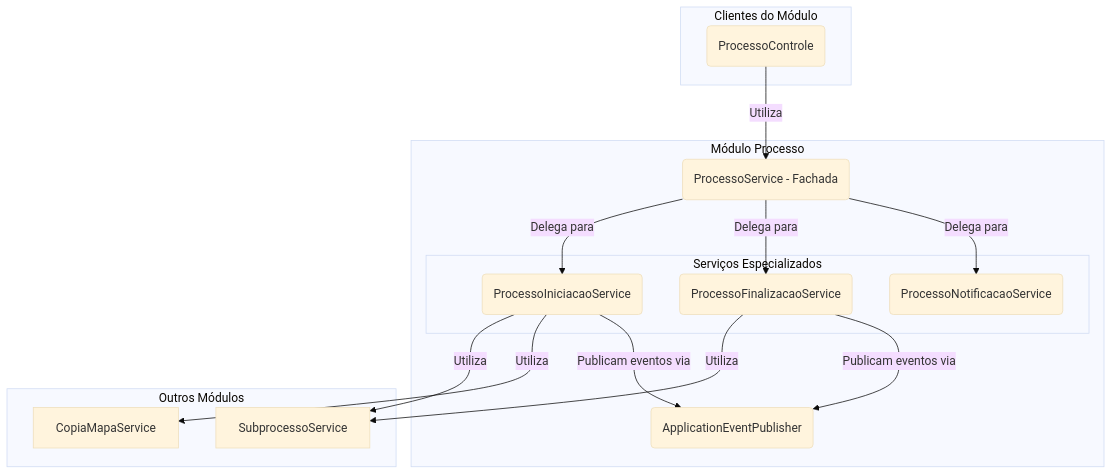
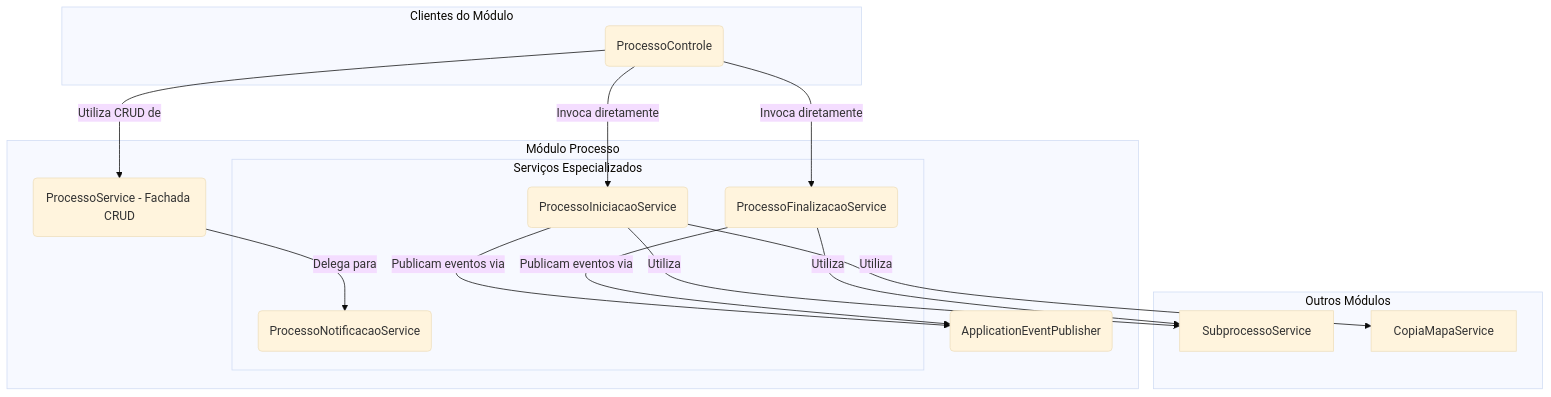
One commit to lgalvao/sgc changed the diagram in backend/src/main/java/sgc/processo/README.md. Above: the diagram before and after it, drawn with Mermaid (base theme). The commit also changed other lines of this file and 9 other files, not shown here.

````diff
--- a/backend/src/main/java/sgc/processo/README.md
+++ b/backend/src/main/java/sgc/processo/README.md
@@ -11,34 +11,34 @@
 ```mermaid
 graph TD
     subgraph "Clientes do Módulo"
         Controle(ProcessoControle)
     end
 
     subgraph "Módulo Processo"
-        Facade(ProcessoService - Fachada)
+        Facade(ProcessoService - Fachada CRUD)
 
         subgraph "Serviços Especializados"
             Iniciacao(ProcessoIniciacaoService)
             Finalizacao(ProcessoFinalizacaoService)
             Notificacao(ProcessoNotificacaoService)
         end
 
         Eventos(ApplicationEventPublisher)
     end
 
     subgraph "Outros Módulos"
         SubprocessoService
         CopiaMapaService
     end
 
-    Controle -- Utiliza --> Facade
+    Controle -- Utiliza CRUD de --> Facade
+    Controle -- Invoca diretamente --> Iniciacao
+    Controle -- Invoca diretamente --> Finalizacao
 
-    Facade -- Delega para --> Iniciacao
-    Facade -- Delega para --> Finalizacao
     Facade -- Delega para --> Notificacao
 
     Iniciacao -- Utiliza --> SubprocessoService & CopiaMapaService
     Finalizacao -- Utiliza --> SubprocessoService
 
     Iniciacao & Finalizacao -- Publicam eventos via --> Eventos
 ```
````
